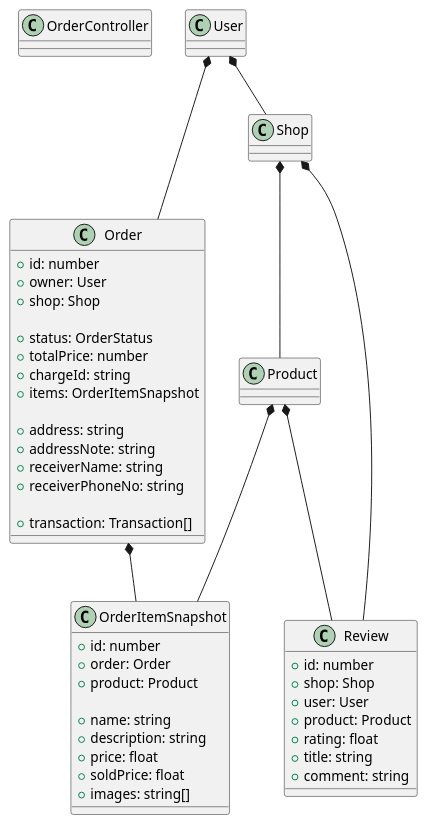
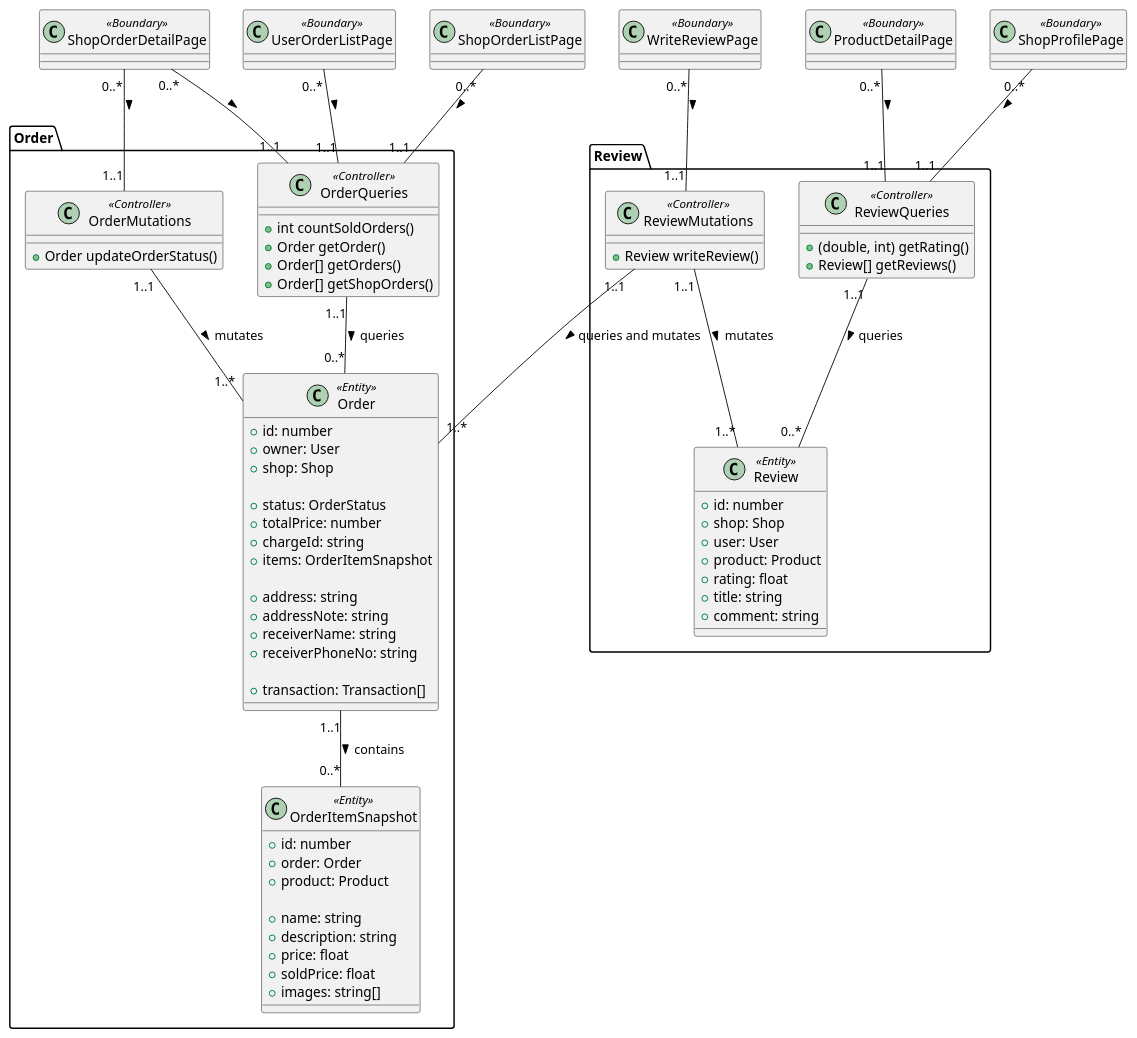
The diagram in diagrams/class_diagram.puml (2110336-SoftwareEngineering2-2021-2/sec33_jim_carry), drawn with PlantUML before and after one commit.

Commit message:
docs: class diagram uml

```diff
--- a/diagrams/class_diagram.puml
+++ b/diagrams/class_diagram.puml
@@ -1,61 +1,94 @@
 @startuml Class Diagram
 
-class OrderController {
+namespace Order {
+  class Order <<Entity>> {
+    + id: number
+    + owner: User
+    + shop: Shop
 
+    + status: OrderStatus
+    + totalPrice: number
+    + chargeId: string
+    + items: OrderItemSnapshot
+
+    + address: string
+    + addressNote: string
+    + receiverName: string
+    + receiverPhoneNo: string
+
+    + transaction: Transaction[]
+  }
+
+  class OrderItemSnapshot <<Entity>> {
+    + id: number
+    + order: Order
+    + product: Product
+
+    + name: string
+    + description: string
+    + price: float
+    + soldPrice: float
+    + images: string[]
+  }
+
+  Order "1..1" -- "0..*" OrderItemSnapshot: contains >
+
+  class OrderQueries <<Controller>> {
+    + int countSoldOrders()
+    + Order getOrder()
+    + Order[] getOrders()
+    + Order[] getShopOrders()
+  }
+
+  class OrderMutations <<Controller>> {
+    + Order updateOrderStatus()
+  }
+
+  OrderQueries "1..1" -- "0..*" Order: queries >
+  OrderMutations "1..1" -- "1..*" Order: mutates >
 }
 
-class Order {
-  + id: number
-  + owner: User
-  + shop: Shop
+namespace Review {
+  class Review <<Entity>> {
+    + id: number
+    + shop: Shop
+    + user: User
+    + product: Product
+    + rating: float
+    + title: string
+    + comment: string
+  }
 
-  + status: OrderStatus
-  + totalPrice: number
-  + chargeId: string
-  + items: OrderItemSnapshot
+  class ReviewQueries <<Controller>> {
+    + (double, int) getRating()
+    + Review[] getReviews()
+  }
 
-  + address: string
-  + addressNote: string
-  + receiverName: string
-  + receiverPhoneNo: string
+  class ReviewMutations <<Controller>> {
+    + Review writeReview()
+  }
 
-  + transaction: Transaction[]
+  ReviewQueries "1..1" -- "0..*" Review: queries >
+  ReviewMutations "1..1" -- "1..*" Review: mutates >
+  ReviewMutations "1..1" -- "1..*" Order.Order: queries and mutates >
 }
 
-class OrderItemSnapshot {
-  + id: number
-  + order: Order
-  + product: Product
 
-  + name: string
-  + description: string
-  + price: float
-  + soldPrice: float
-  + images: string[]
-}
+class ProductDetailPage <<Boundary>> {}
+class ShopProfilePage <<Boundary>> {}
+class WriteReviewPage <<Boundary>> {}
+class ShopOrderDetailPage <<Boundary>> {}
+class ShopOrderListPage <<Boundary>> {}
+class UserOrderListPage <<Boundary>> {}
 
-class Review {
-  + id: number
-  + shop: Shop
-  + user: User
-  + product: Product
-  + rating: float
-  + title: string
-  + comment: string
-}
+ProductDetailPage "0..*" -- "1..1" Review.ReviewQueries: >
+ShopProfilePage "0..*" -- "1..1" Review.ReviewQueries: >
+WriteReviewPage "0..*" -- "1..1" Review.ReviewMutations: >
 
-class User {}
+ShopOrderDetailPage "0..*" -- "1..1" Order.OrderQueries: >
+ShopOrderListPage "0..*" -- "1..1" Order.OrderQueries: >
+UserOrderListPage "0..*" -- "1..1" Order.OrderQueries: >
+ShopOrderDetailPage "0..*" -- "1..1" Order.OrderMutations: >
 
-class Product {}
-
-class Shop {}
-
-User *-- Order
-User *-- Shop
-Order *-- OrderItemSnapshot
-Shop *-- Product
-Product *-- Review
-Shop *-- Review
-Product *-- OrderItemSnapshot
 
 @enduml
```
